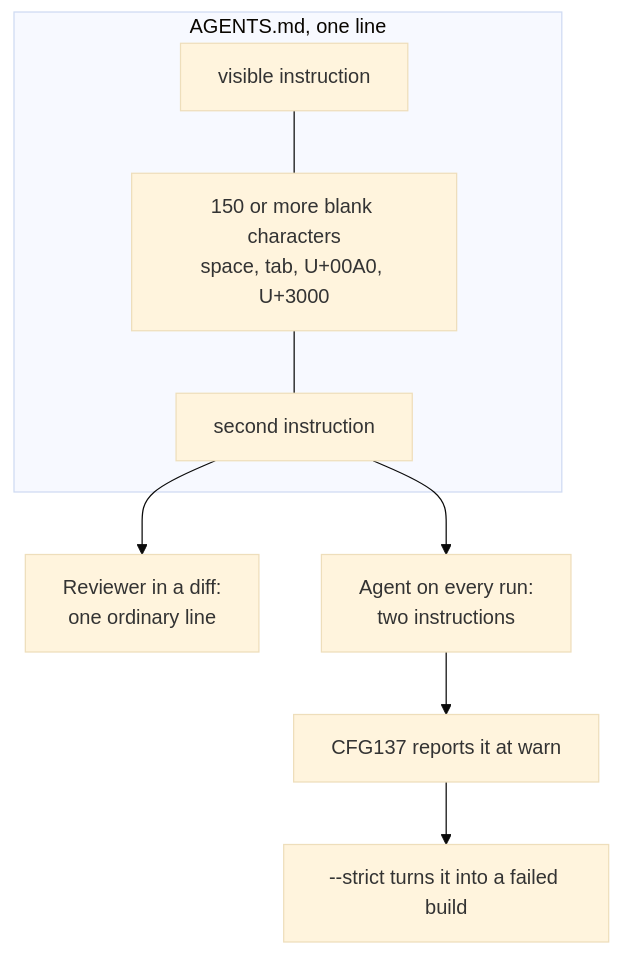
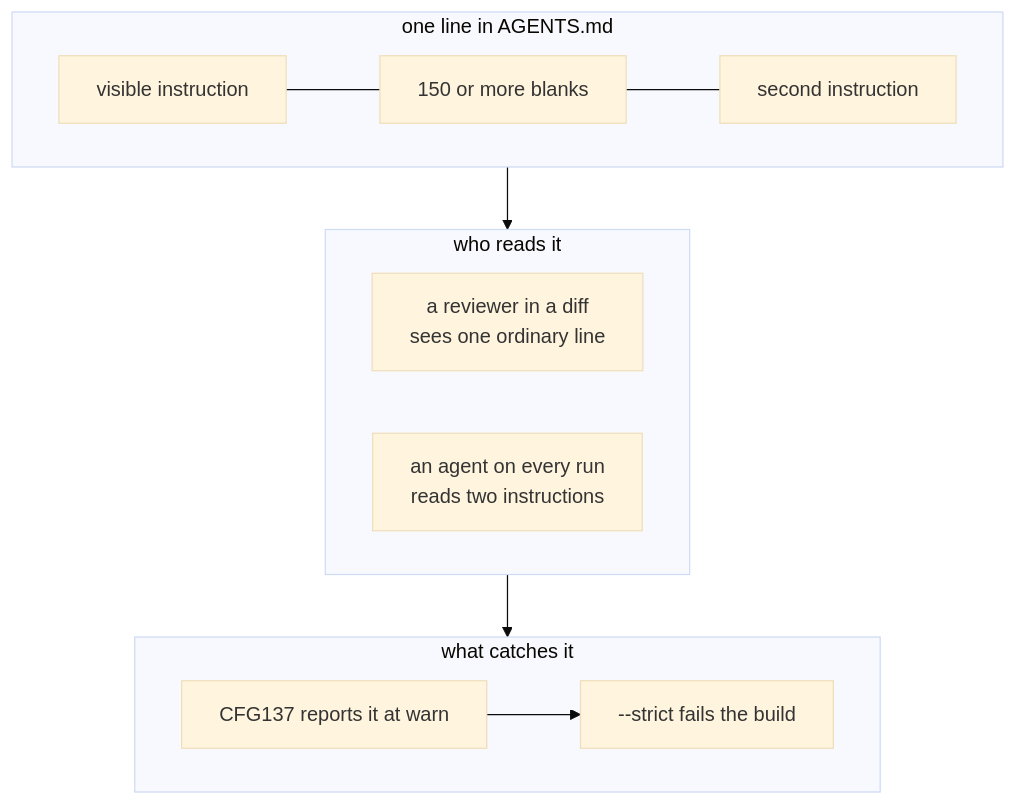
The diagram in src/diagrams/hidden-text-in-agent-instruction-files-0.mmd (prascli/blog), drawn with Mermaid (base theme) before and after one commit. The commit also changed 11 other files, not shown here.

Commit message:
Redraw the article diagrams for the column and pin patched dependencies

```diff
--- a/src/diagrams/hidden-text-in-agent-instruction-files-0.mmd
+++ b/src/diagrams/hidden-text-in-agent-instruction-files-0.mmd
@@ -1,11 +1,15 @@
 flowchart TB
-  subgraph FILE["AGENTS.md, one line"]
-    V1["visible instruction"]
-    GAP["150 or more blank characters<br/>space, tab, U+00A0, U+3000"]
-    V2["second instruction"]
-    V1 --- GAP --- V2
+  subgraph LINE["one line in AGENTS.md"]
+    direction LR
+    V1["visible instruction"] --- GAP["150 or more blanks"] --- V2["second instruction"]
   end
-  V2 --> H["Reviewer in a diff:<br/>one ordinary line"]
-  V2 --> A["Agent on every run:<br/>two instructions"]
-  A --> RULE["CFG137 reports it at warn"]
-  RULE --> CI["--strict turns it into a failed build"]
+  subgraph WHO["who reads it"]
+    direction LR
+    H["a reviewer in a diff<br/>sees one ordinary line"]
+    A["an agent on every run<br/>reads two instructions"]
+  end
+  subgraph RULE["what catches it"]
+    direction LR
+    C["CFG137 reports it at warn"] --> S["--strict fails the build"]
+  end
+  LINE --> WHO --> RULE
```
